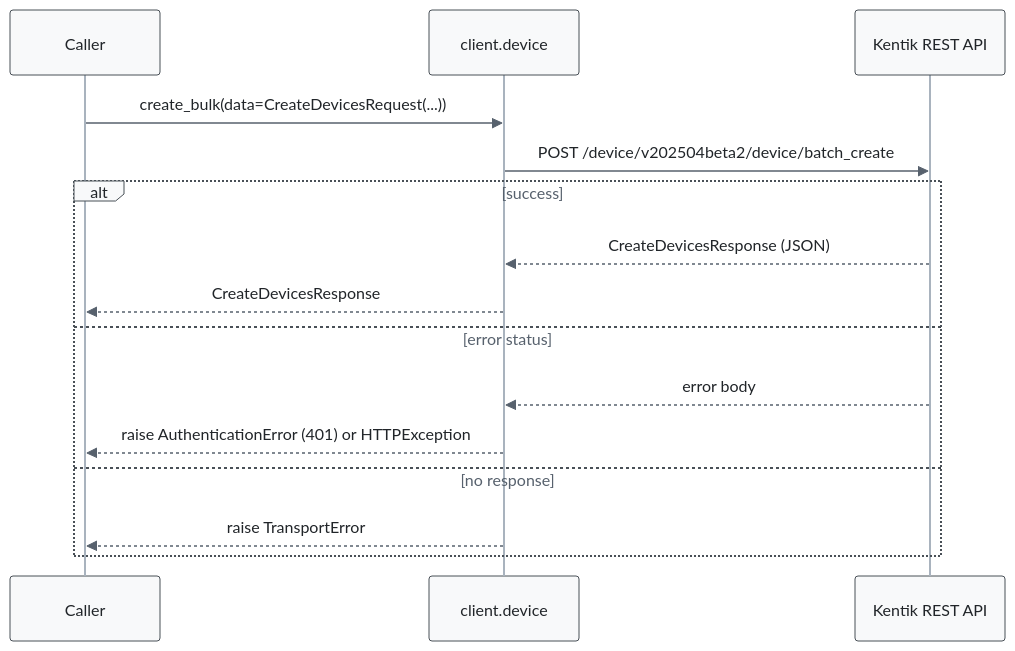
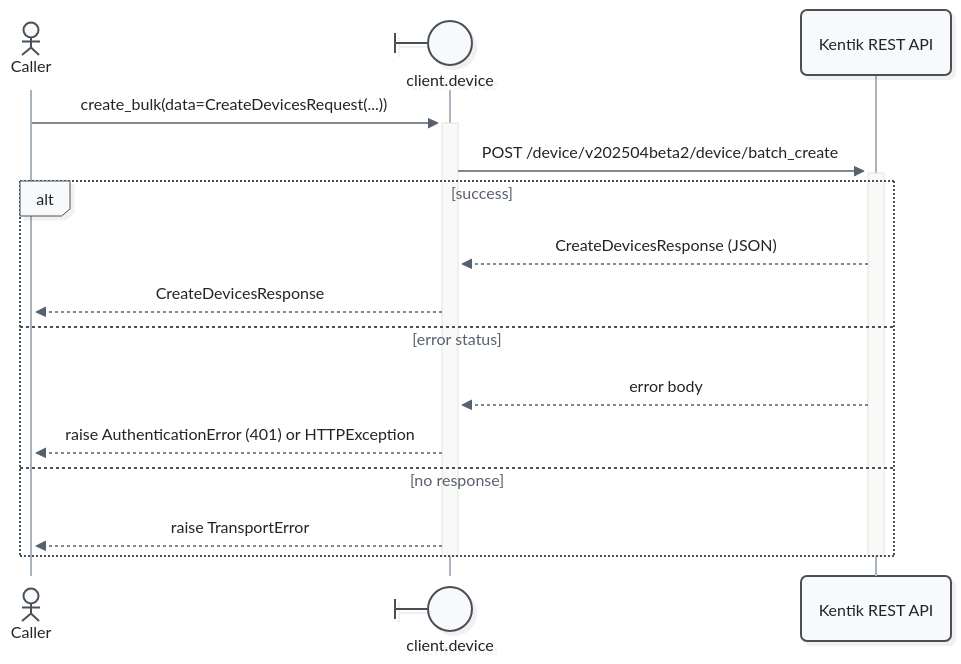
One commit to alexdearaujo/community_sdk_python changed the fifth of 21 diagrams in docs/sphinx/services/device.md. Above: the diagram before and after it, drawn with Mermaid. The commit also changed other lines of this file and 52 other files, not shown here.

First line of the commit message:
docs: Mermaid 12 sequence diagrams with participant types and path colors

````diff
--- a/docs/sphinx/services/device.md
+++ b/docs/sphinx/services/device.md
@@ -189,19 +199,21 @@
 ```mermaid
-%%{init: {"theme": "base", "fontFamily": "ui-monospace, SFMono-Regular, Menlo, monospace", "themeVariables": {"fontFamily": "ui-monospace, SFMono-Regular, Menlo, monospace", "primaryColor": "#f8f9fa", "primaryBorderColor": "#495057", "primaryTextColor": "#212529", "textColor": "#212529", "lineColor": "#77818c", "edgeLabelBackground": "#ffffff", "actorBkg": "#f8f9fa", "actorBorder": "#495057", "actorTextColor": "#212529", "actorLineColor": "#a9b3be", "signalColor": "#57616d", "signalTextColor": "#212529", "labelBoxBkgColor": "#f8f9fa", "labelBoxBorderColor": "#495057", "labelTextColor": "#212529", "loopTextColor": "#57616d", "noteBkgColor": "#fff9db", "noteBorderColor": "#f08c00", "noteTextColor": "#a35a00"}, "flowchart": {"curve": "step", "nodeSpacing": 30, "rankSpacing": 70, "wrappingWidth": 400}}}%%
+%%{init: {"theme": "redux", "look": "neo", "layout": "dagre", "fontFamily": "ui-monospace, SFMono-Regular, Menlo, monospace", "themeVariables": {"fontFamily": "ui-monospace, SFMono-Regular, Menlo, monospace", "primaryColor": "#f8f9fa", "primaryBorderColor": "#495057", "primaryTextColor": "#212529", "textColor": "#212529", "lineColor": "#77818c", "edgeLabelBackground": "#ffffff", "actorBkg": "#f8f9fa", "actorBorder": "#495057", "actorTextColor": "#212529", "actorLineColor": "#a9b3be", "signalColor": "#57616d", "signalTextColor": "#212529", "labelBoxBkgColor": "#f8f9fa", "labelBoxBorderColor": "#495057", "labelTextColor": "#212529", "loopTextColor": "#57616d", "noteBkgColor": "#fff9db", "noteBorderColor": "#f08c00", "noteTextColor": "#a35a00"}, "sequence": {"activationWidth": 16}, "flowchart": {"curve": "step", "nodeSpacing": 30, "rankSpacing": 70, "wrappingWidth": 400}}}%%
 sequenceDiagram
-    participant C as Caller
-    participant W as client.device
+    actor C as Caller
+    participant W@{ "type": "boundary" } as client.device
     participant API as Kentik REST API
 
-    C->>W: create_bulk(data=CreateDevicesRequest(...))
-    W->>API: POST /device/v202504beta2/device/batch_create
+    C->>+W: create_bulk(data=CreateDevicesRequest(...))
+    W->>+API: POST /device/v202504beta2/device/batch_create
     alt success
         API-->>W: CreateDevicesResponse (JSON)
         W-->>C: CreateDevicesResponse
     else error status
         API-->>W: error body
         W-->>C: raise AuthenticationError (401) or HTTPException
     else no response
         W-->>C: raise TransportError
     end
+    deactivate API
+    deactivate W
 ```
````
